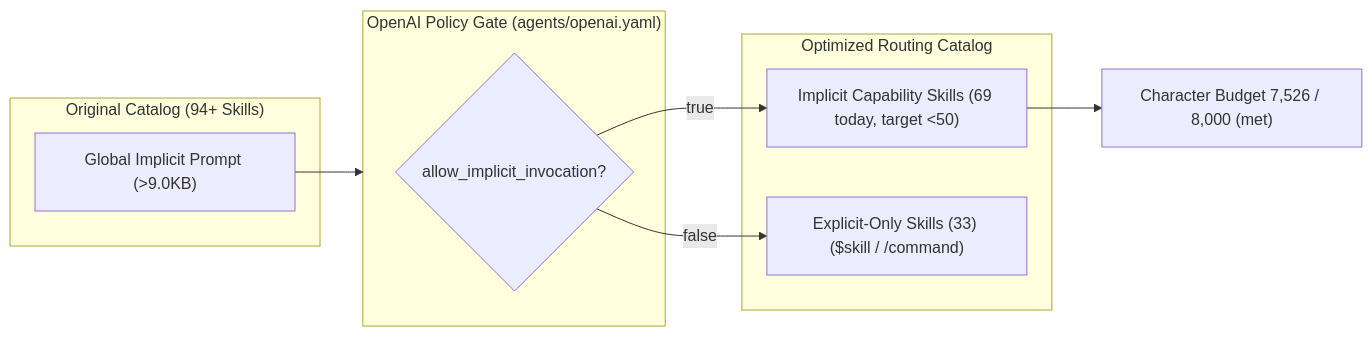
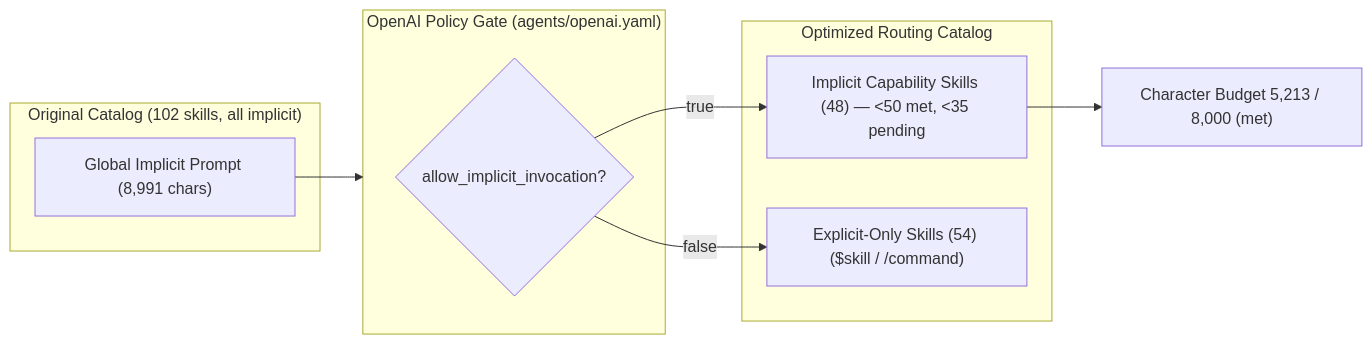
Before and after one commit to allenlin90/eridu-services: the second of 2 diagrams in docs/prd/agentic-tool-enhancement.md, drawn with Mermaid. The commit also changed other lines of this file and 20 other files, not shown here.

First line of the commit message:
feat(agents): move 18 human-decision-triggered skills to explicit-only

````diff
--- a/docs/prd/agentic-tool-enhancement.md
+++ b/docs/prd/agentic-tool-enhancement.md
@@ -70,20 +70,20 @@
 ```mermaid
 flowchart LR
-    subgraph RawCatalog ["Original Catalog (94+ Skills)"]
-        RawPrompt["Global Implicit Prompt (>9.0KB)"]
+    subgraph RawCatalog ["Original Catalog (102 skills, all implicit)"]
+        RawPrompt["Global Implicit Prompt (8,991 chars)"]
     end
 
     subgraph PolicyGate ["OpenAI Policy Gate (agents/openai.yaml)"]
         CheckImplicit{"allow_implicit_invocation?"}
     end
 
     subgraph FilteredCatalog ["Optimized Routing Catalog"]
-        ImplicitSkills["Implicit Capability Skills (69 today, target &lt;50)"]
-        ExplicitSkills["Explicit-Only Skills (33) ($skill / /command)"]
+        ImplicitSkills["Implicit Capability Skills (48) — &lt;50 met, &lt;35 pending"]
+        ExplicitSkills["Explicit-Only Skills (54) ($skill / /command)"]
     end
 
     RawPrompt --> PolicyGate
     CheckImplicit -->|true| ImplicitSkills
     CheckImplicit -->|false| ExplicitSkills
-    ImplicitSkills --> BudgetCheck["Character Budget 7,526 / 8,000 (met)"]
+    ImplicitSkills --> BudgetCheck["Character Budget 5,213 / 8,000 (met)"]
 ```
````
